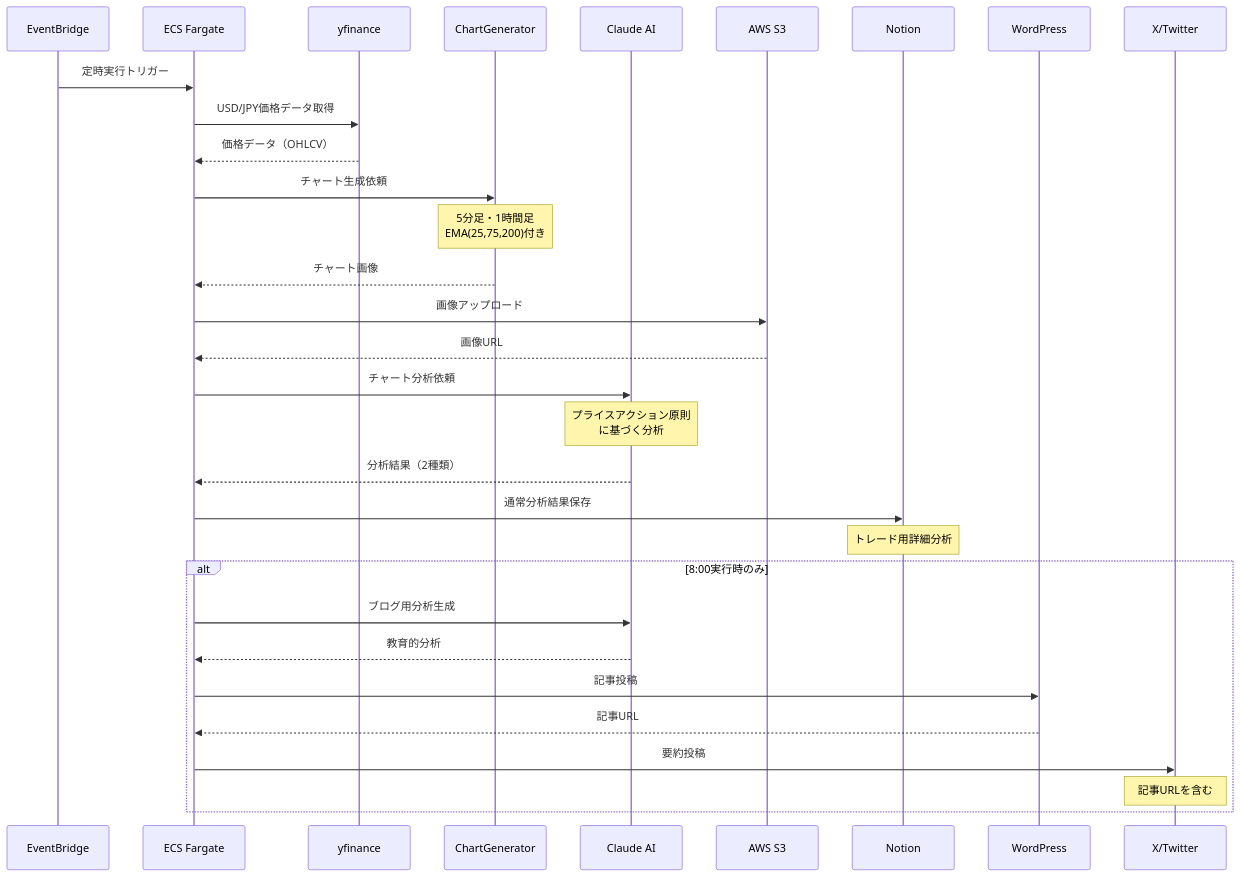
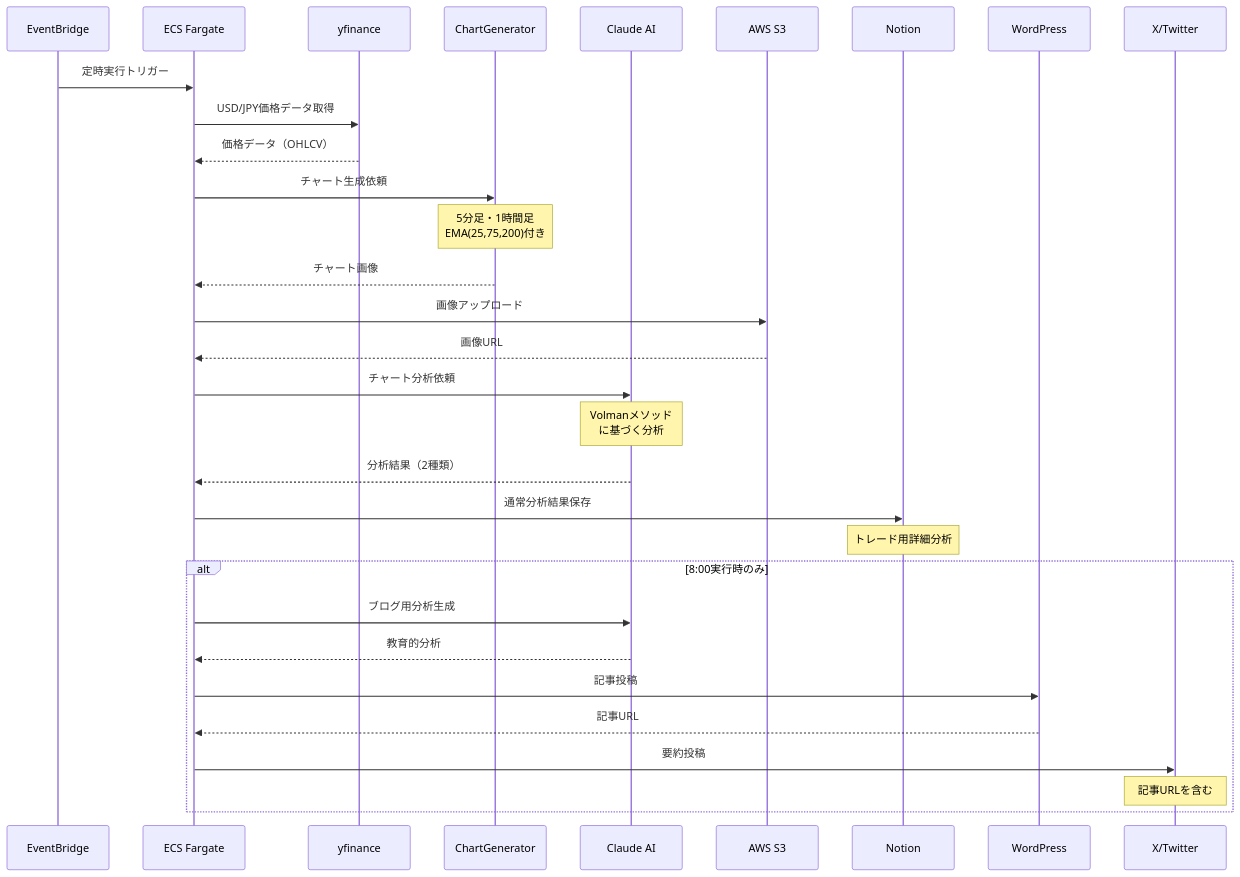
The second of 7 diagrams in doc/system_architecture.md (wataru05160621/analyze_FX_chart), drawn with Mermaid before and after one commit. The commit also changed 19935 other files, not shown here.

````diff
--- a/doc/system_architecture.md
+++ b/doc/system_architecture.md
@@ -59,39 +59,39 @@
 ```mermaid
 sequenceDiagram
     participant EB as EventBridge
     participant ECS as ECS Fargate
     participant YF as yfinance
     participant CG as ChartGenerator
     participant Claude as Claude AI
     participant S3 as AWS S3
     participant Notion as Notion
     participant WP as WordPress
     participant X as X/Twitter
 
     EB->>ECS: 定時実行トリガー
     ECS->>YF: USD/JPY価格データ取得
     YF-->>ECS: 価格データ（OHLCV）
     
     ECS->>CG: チャート生成依頼
     Note over CG: 5分足・1時間足<br/>EMA(25,75,200)付き
     CG-->>ECS: チャート画像
     
     ECS->>S3: 画像アップロード
     S3-->>ECS: 画像URL
     
     ECS->>Claude: チャート分析依頼
-    Note over Claude: プライスアクション原則<br/>に基づく分析
+    Note over Claude: Volmanメソッド<br/>に基づく分析
     Claude-->>ECS: 分析結果（2種類）
     
     ECS->>Notion: 通常分析結果保存
     Note over Notion: トレード用詳細分析
     
     alt 8:00実行時のみ
         ECS->>Claude: ブログ用分析生成
         Claude-->>ECS: 教育的分析
         ECS->>WP: 記事投稿
         WP-->>ECS: 記事URL
         ECS->>X: 要約投稿
         Note over X: 記事URLを含む
     end
 ```
````
